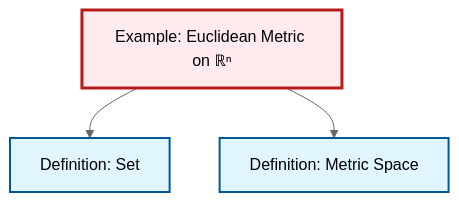
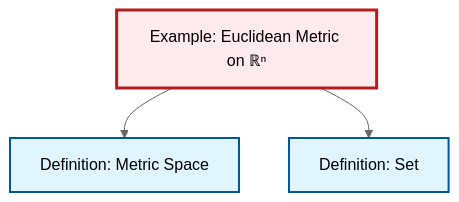
The diagram in content/en/geometry/ex-euclidean-metric.qmd (RK0429/ModernMath), drawn with Mermaid (neutral theme) before and after one commit. The commit also changed other lines of this file and 1012 other files, not shown here.

````diff
--- a/content/en/geometry/ex-euclidean-metric.qmd
+++ b/content/en/geometry/ex-euclidean-metric.qmd
@@ -51,17 +51,17 @@
 ```{mermaid}
 %%| fig-cap: "Local dependency graph"
 graph TD
     classDef definition fill:#e1f5fe,stroke:#01579b,stroke-width:2px
     classDef theorem fill:#f3e5f5,stroke:#4a148c,stroke-width:2px
     classDef axiom fill:#fff3e0,stroke:#e65100,stroke-width:2px
     classDef example fill:#e8f5e9,stroke:#1b5e20,stroke-width:2px
     classDef current fill:#ffebee,stroke:#b71c1c,stroke-width:3px
+    def-set["Definition: Set"]:::definition
     def-metric-space["Definition: Metric Space"]:::definition
     ex-euclidean-metric["Example: Euclidean Metric on ℝⁿ"]:::example
-    def-set["Definition: Set"]:::definition
+    ex-euclidean-metric --> def-metric-space
     ex-euclidean-metric --> def-set
-    ex-euclidean-metric --> def-metric-space
     class ex-euclidean-metric current
+    click def-set "def-set.html" "Go to Set definition"
     click def-metric-space "def-metric-space.html" "Go to Metric Space definition"
-    click def-set "def-set.html" "Go to Set definition"
 ```
````
